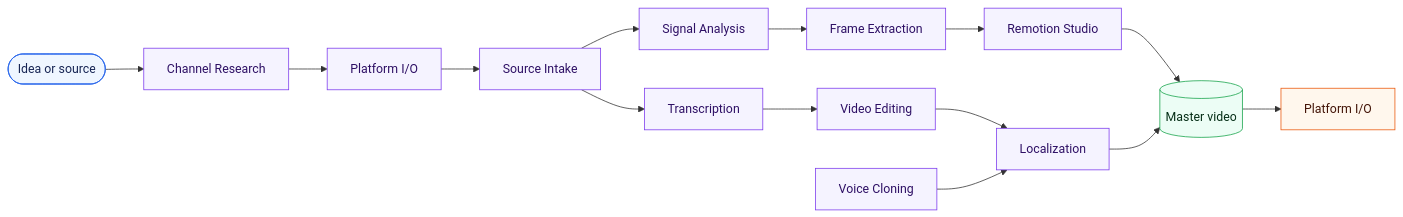
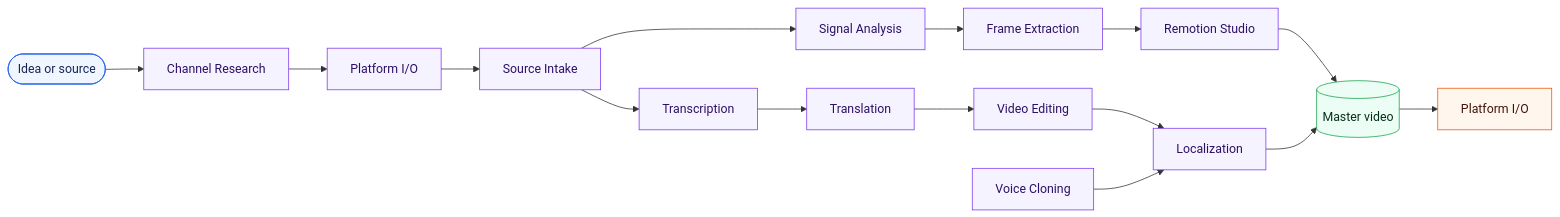
One commit to wohuishuo/cc-video-pipeline changed the first of 2 diagrams in README.md. Above: the diagram before and after it, drawn with Mermaid. The commit also changed other lines of this file and 18 other files, not shown here.

````diff
--- a/README.md
+++ b/README.md
@@ -21,25 +21,26 @@
 ```mermaid
 flowchart LR
     idea([Idea or source]) --> research[Channel Research]
     research --> download[Platform I/O]
     download --> intake[Source Intake]
     intake --> transcribe[Transcription]
+    transcribe --> translate[Translation]
     intake --> signals[Signal Analysis]
     signals --> frames[Frame Extraction]
-    transcribe --> edit[Video Editing]
+    translate --> edit[Video Editing]
     frames --> studio[Remotion Studio]
     edit --> localize[Localization]
     voice[Voice Cloning] --> localize
     studio --> master[(Master video)]
     localize --> master
     master --> publish[Platform I/O]
 
     classDef source fill:#eff6ff,stroke:#2563eb,color:#172554;
     classDef app fill:#f5f3ff,stroke:#7c3aed,color:#2e1065;
     classDef artifact fill:#ecfdf5,stroke:#16a34a,color:#052e16;
     classDef external fill:#fff7ed,stroke:#ea580c,color:#431407;
     class idea source;
-    class research,download,intake,transcribe,signals,frames,edit,studio,localize,voice app;
+    class research,download,intake,transcribe,translate,signals,frames,edit,studio,localize,voice app;
     class master artifact;
     class publish external;
 ```
````
